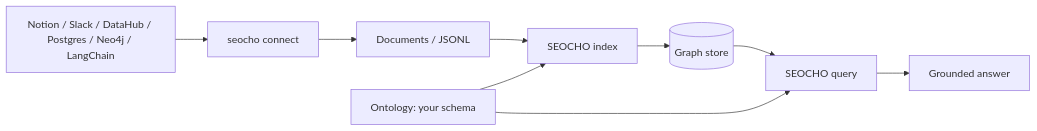
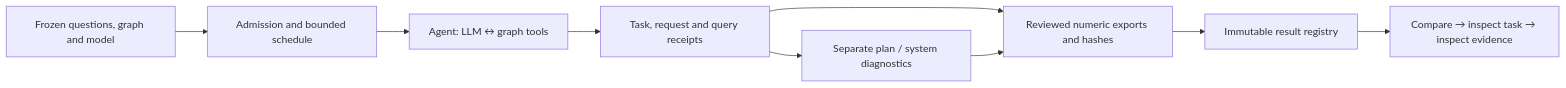
The diagram in README.md (tteon/gare2e), drawn with Mermaid before and after one commit. The commit also changed other lines of this file and 22 other files, not shown here.

````diff
--- a/README.md
+++ b/README.md
@@ -27,11 +31,11 @@
 ```mermaid
 flowchart LR
-    T["Notion / Slack / DataHub / Postgres / Neo4j / LangChain"] --> C["seocho connect"]
-    C --> D["Documents / JSONL"]
-    D --> I["SEOCHO index"]
-    O["Ontology: your schema"] --> I
-    O --> Q["SEOCHO query"]
-    I --> G[("Graph store")]
-    G --> Q
-    Q --> A["Grounded answer"]
+    Q["Frozen questions, graph and model"] --> G["Admission and bounded schedule"]
+    G --> A["Agent: LLM ↔ graph tools"]
+    A --> T["Task, request and query receipts"]
+    T --> E["Reviewed numeric exports and hashes"]
+    E --> R["Immutable result registry"]
+    R --> V["Compare → inspect task → inspect evidence"]
+    T --> D["Separate plan / system diagnostics"]
+    D --> E
 ```
````
